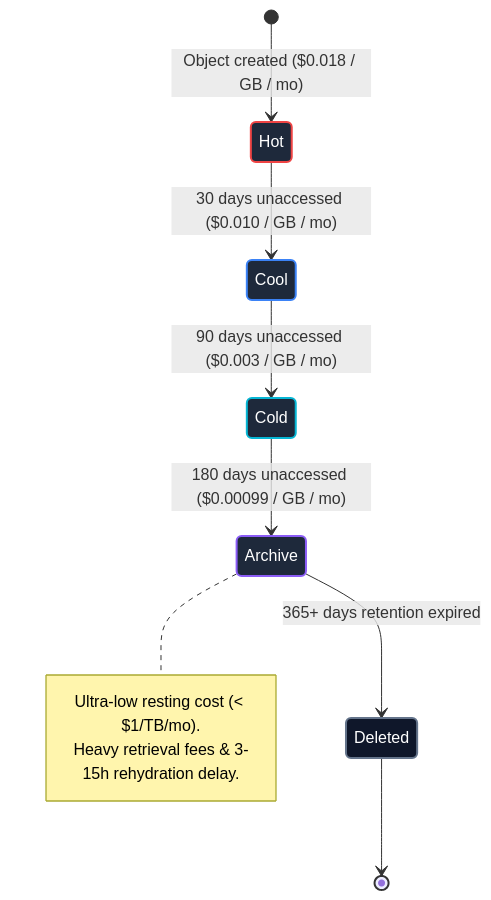
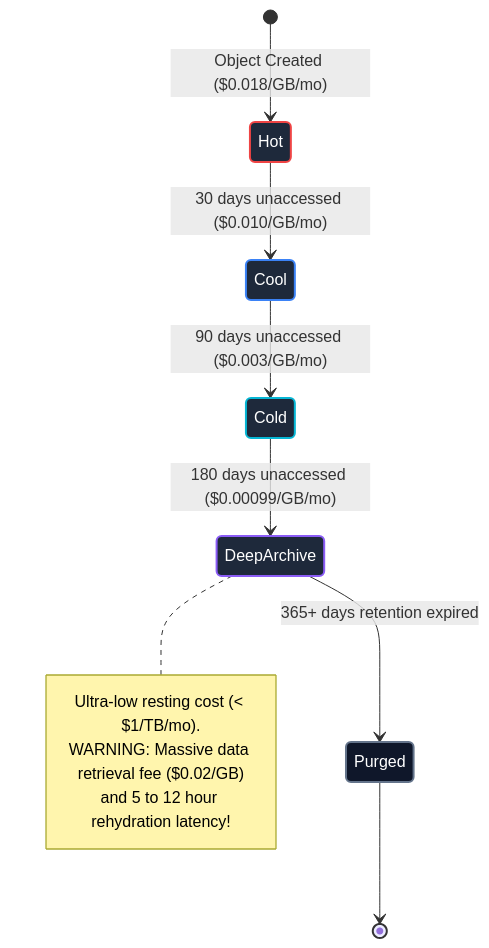
The sixth of 8 diagrams in Cloud Engineering/15_finops_governance_and_enterprise_operations.md (joydeep-biswas/Interview-Preparation), drawn with Mermaid before and after one commit. The commit also changed other lines of this file and 143 other files, not shown here.

````diff
--- a/Cloud Engineering/15_finops_governance_and_enterprise_operations.md
+++ b/Cloud Engineering/15_finops_governance_and_enterprise_operations.md
@@ -236,26 +380,27 @@
 ```mermaid
 stateDiagram-v2
     classDef hot fill:#1e293b,stroke:#ef4444,stroke-width:2px,color:#ffffff
     classDef cool fill:#1e293b,stroke:#3b82f6,stroke-width:2px,color:#ffffff
     classDef cold fill:#1e293b,stroke:#06b6d4,stroke-width:2px,color:#ffffff
     classDef archive fill:#1e293b,stroke:#8b5cf6,stroke-width:2px,color:#ffffff
     classDef deleted fill:#0f172a,stroke:#64748b,stroke-width:2px,color:#ffffff
 
-    [*] --> Hot: Object created (\$0.018 / GB / mo)
-    Hot --> Cool: 30 days unaccessed (\$0.010 / GB / mo)
-    Cool --> Cold: 90 days unaccessed (\$0.003 / GB / mo)
-    Cold --> Archive: 180 days unaccessed (\$0.00099 / GB / mo)
-    Archive --> Deleted: 365+ days retention expired
-    Deleted --> [*]
+    [*] --> Hot: Object Created ($0.018/GB/mo)
+    Hot --> Cool: 30 days unaccessed ($0.010/GB/mo)
+    Cool --> Cold: 90 days unaccessed ($0.003/GB/mo)
+    Cold --> DeepArchive: 180 days unaccessed ($0.00099/GB/mo)
+    DeepArchive --> Purged: 365+ days retention expired
+    Purged --> [*]
 
-    note right of Archive
-        Ultra-low resting cost (< \$1/TB/mo).
-        Heavy retrieval fees & 3-15h rehydration delay.
+    note right of DeepArchive
+        Ultra-low resting cost (< $1/TB/mo).
+        WARNING: Massive data retrieval fee ($0.02/GB)
+        and 5 to 12 hour rehydration latency!
     end note
 
     class Hot hot
     class Cool cool
     class Cold cold
-    class Archive archive
-    class Deleted deleted
+    class DeepArchive archive
+    class Purged deleted
 ```
````
